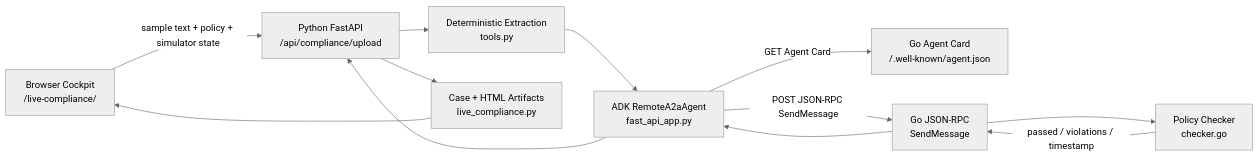
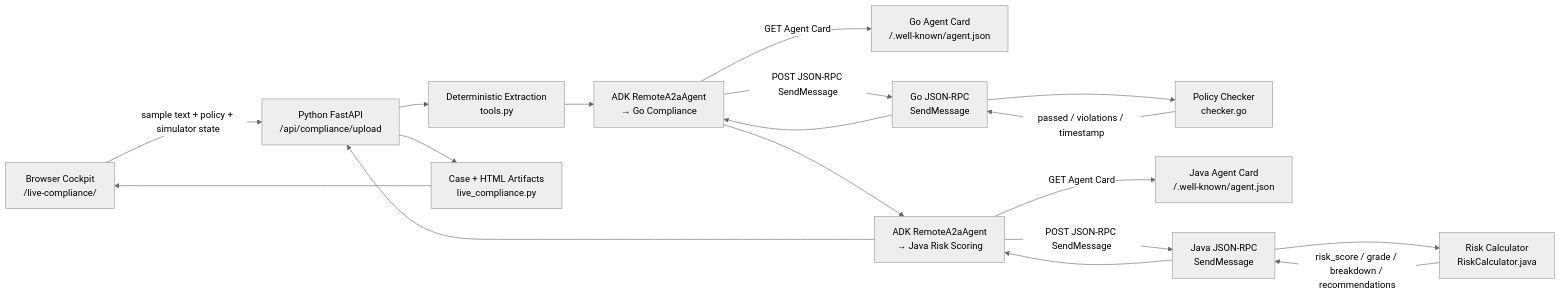
The first of 2 diagrams in ARCHITECTURE.md (bipinhcs11/Agentic-AI-Learning-Roadmap), drawn with Mermaid (neutral theme) before and after one commit. The commit also changed other lines of this file and 18 other files, not shown here.

First line of the commit message:
feat: add Java Financial Risk Scoring Agent (A2A) and enhance Python orchestrator

````diff
--- a/ARCHITECTURE.md
+++ b/ARCHITECTURE.md
@@ -14,23 +15,33 @@
 ```mermaid
 flowchart LR
     UI["Browser Cockpit<br/>/live-compliance/"]
     API["Python FastAPI<br/>/api/compliance/upload"]
     EXTRACT["Deterministic Extraction<br/>tools.py"]
-    ADK["ADK RemoteA2aAgent<br/>fast_api_app.py"]
-    CARD["Go Agent Card<br/>/.well-known/agent.json"]
-    RPC["Go JSON-RPC<br/>SendMessage"]
+    ADK_GO["ADK RemoteA2aAgent<br/>→ Go Compliance"]
+    CARD_GO["Go Agent Card<br/>/.well-known/agent.json"]
+    RPC_GO["Go JSON-RPC<br/>SendMessage"]
     CHECK["Policy Checker<br/>checker.go"]
+    ADK_JAVA["ADK RemoteA2aAgent<br/>→ Java Risk Scoring"]
+    CARD_JAVA["Java Agent Card<br/>/.well-known/agent.json"]
+    RPC_JAVA["Java JSON-RPC<br/>SendMessage"]
+    SCORE["Risk Calculator<br/>RiskCalculator.java"]
     ART["Case + HTML Artifacts<br/>live_compliance.py"]
 
     UI -->|"sample text + policy + simulator state"| API
     API --> EXTRACT
-    EXTRACT --> ADK
-    ADK -->|"GET Agent Card"| CARD
-    ADK -->|"POST JSON-RPC SendMessage"| RPC
-    RPC --> CHECK
-    CHECK -->|"passed / violations / timestamp"| RPC
-    RPC --> ADK
-    ADK --> API
+    EXTRACT --> ADK_GO
+    ADK_GO -->|"GET Agent Card"| CARD_GO
+    ADK_GO -->|"POST JSON-RPC SendMessage"| RPC_GO
+    RPC_GO --> CHECK
+    CHECK -->|"passed / violations / timestamp"| RPC_GO
+    RPC_GO --> ADK_GO
+    ADK_GO --> ADK_JAVA
+    ADK_JAVA -->|"GET Agent Card"| CARD_JAVA
+    ADK_JAVA -->|"POST JSON-RPC SendMessage"| RPC_JAVA
+    RPC_JAVA --> SCORE
+    SCORE -->|"risk_score / grade / breakdown / recommendations"| RPC_JAVA
+    RPC_JAVA --> ADK_JAVA
+    ADK_JAVA --> API
     API --> ART
     ART --> UI
 ```
````
